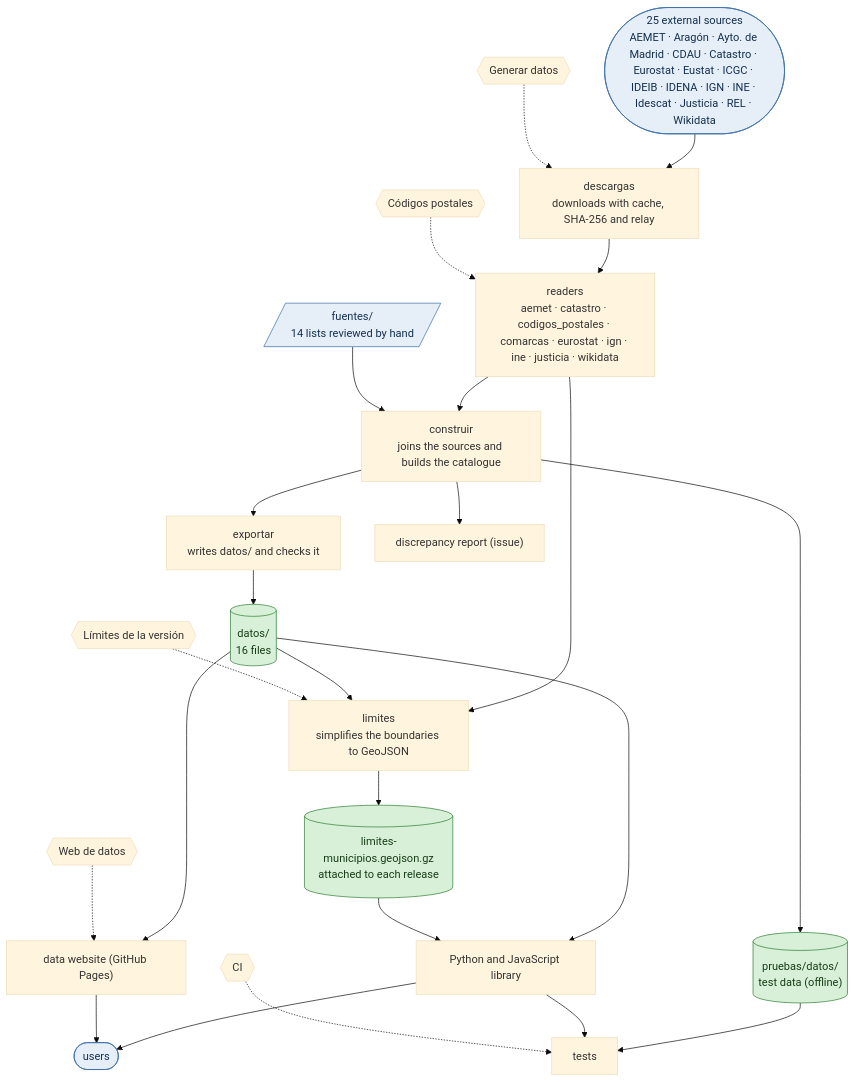
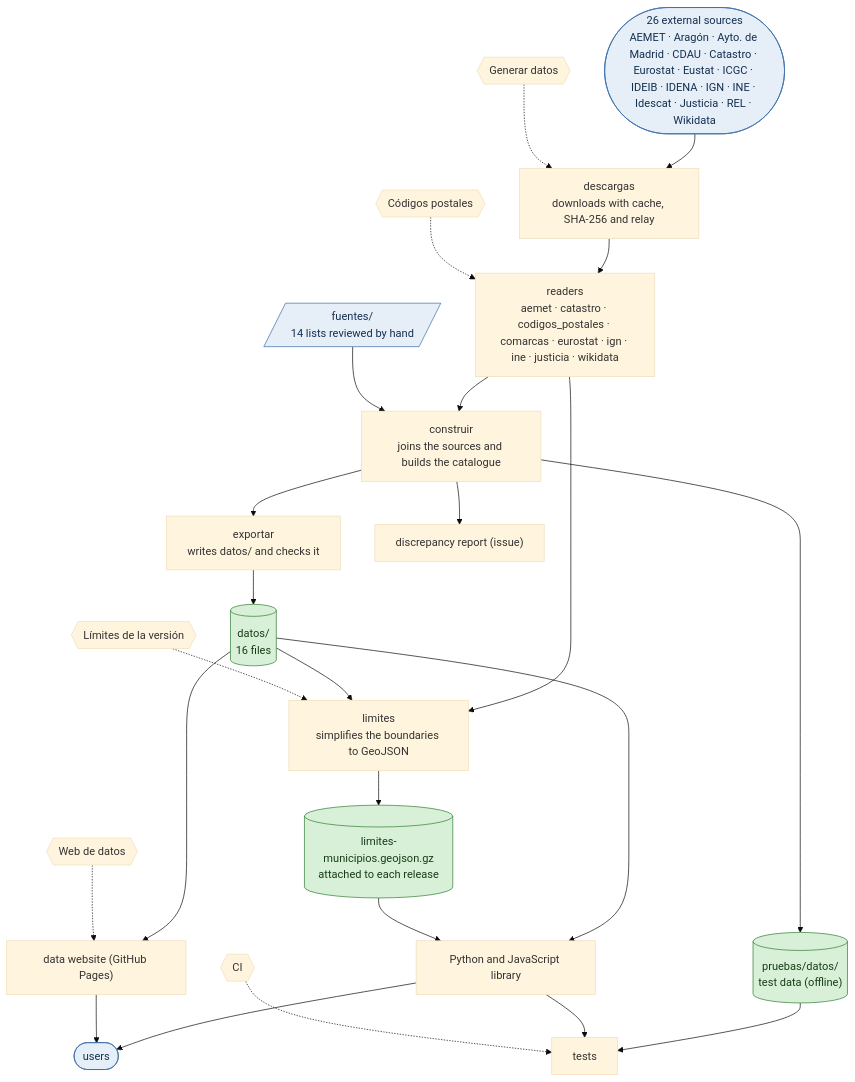
The fourth of 6 diagrams in docs/status.md (alertapublica/territorios-es), drawn with Mermaid (base theme) before and after one commit. The commit also changed other lines of this file and 26 other files, not shown here.

````diff
--- a/docs/status.md
+++ b/docs/status.md
@@ -191,46 +191,46 @@
 ```mermaid
 flowchart TB
   accTitle: Repository
-  ext(["25 external sources<br>AEMET · Aragón · Ayto. de Madrid · CDAU · Catastro · Eurostat · Eustat · ICGC · IDEIB · IDENA · IGN · INE · Idescat · Justicia · REL · Wikidata"])
+  ext(["26 external sources<br>AEMET · Aragón · Ayto. de Madrid · CDAU · Catastro · Eurostat · Eustat · ICGC · IDEIB · IDENA · IGN · INE · Idescat · Justicia · REL · Wikidata"])
   hand[/"fuentes/<br>14 lists reviewed by hand"/]
   descargas["descargas<br>downloads with cache, SHA-256 and relay"]
   readers["readers<br>aemet · catastro · codigos_postales · comarcas · eurostat · ign · ine · justicia · wikidata"]
   construir["construir<br>joins the sources and builds the catalogue"]
   exportar["exportar<br>writes datos/ and checks it"]
   limites["limites<br>simplifies the boundaries to GeoJSON"]
   datos[("datos/<br>16 files")]
   geo[("limites-municipios.geojson.gz<br>attached to each release")]
   report["discrepancy report (issue)"]
   lib["Python and JavaScript library"]
   web["data website (GitHub Pages)"]
   users(["users"])
   fixture[("pruebas/datos/<br>test data (offline)")]
   tests["tests"]
   ext --> descargas --> readers --> construir --> exportar --> datos
   hand --> construir
   readers --> limites --> geo
   datos --> limites
   construir --> report
   datos --> lib
   geo --> lib
   datos --> web
   lib --> users
   web --> users
   construir --> fixture --> tests
   lib --> tests
   wf_ci_yml{{"CI"}}
   wf_generar_yml{{"Generar datos"}}
   wf_codigos_postales_yml{{"Códigos postales"}}
   wf_limites_yml{{"Límites de la versión"}}
   wf_pages_yml{{"Web de datos"}}
   wf_generar_yml -.-> descargas
   wf_codigos_postales_yml -.-> readers
   wf_limites_yml -.-> limites
   wf_pages_yml -.-> web
   wf_ci_yml -.-> tests
   class datos,geo,fixture done
   class ext,hand,users box
   classDef done fill:#d8f0d8,stroke:#2e7d32,color:#173d17
   classDef todo fill:#fdecc8,stroke:#b26a00,color:#4a2c00,stroke-dasharray:4 3
   classDef box fill:#e6eef8,stroke:#3b6ea8,color:#14304f
 ```
````
